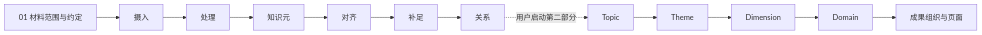
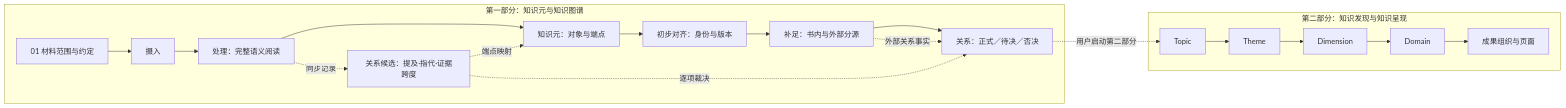
Before and after one commit to fengbaifan/PNP-Final-DATA: the diagram in README.md, drawn with Mermaid. The commit also changed other lines of this file and 2 other files, not shown here.

Commit message:
Update README workflow diagram

````diff
--- a/README.md
+++ b/README.md
@@ -9,6 +9,19 @@
 ```mermaid
 flowchart LR
-  S[01 材料范围与约定] --> A[摄入] --> B[处理] --> C[知识元] --> D[对齐] --> E[补足] --> F[关系]
-  F -.用户启动第二部分.-> G[Topic] --> H[Theme] --> I[Dimension] --> J[Domain]
-  J --> K[成果组织与页面]
+  subgraph P1[第一部分：知识元与知识图谱]
+    S[01 材料范围与约定] --> A[摄入] --> B[处理：完整语义阅读]
+    B --> C[知识元：对象与端点]
+    C --> D[初步对齐：身份与版本]
+    D --> E[补足：书内与外部分源]
+    E --> F[关系：正式／待决／否决]
+    B -.同步记录.-> R[关系候选：提及·指代·证据跨度]
+    R -.端点映射.-> C
+    R -.逐项裁决.-> F
+    E -.外部关系事实.-> F
+  end
+  subgraph P2[第二部分：知识发现与知识呈现]
+    G[Topic] --> H[Theme] --> I[Dimension] --> J[Domain]
+    J --> K[成果组织与页面]
+  end
+  F -.用户启动第二部分.-> G
 ```
````
